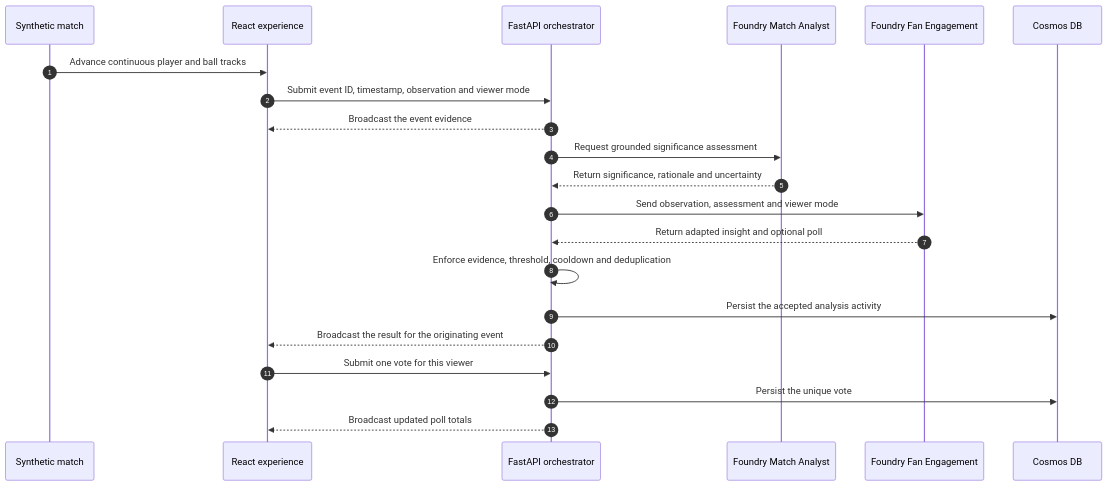
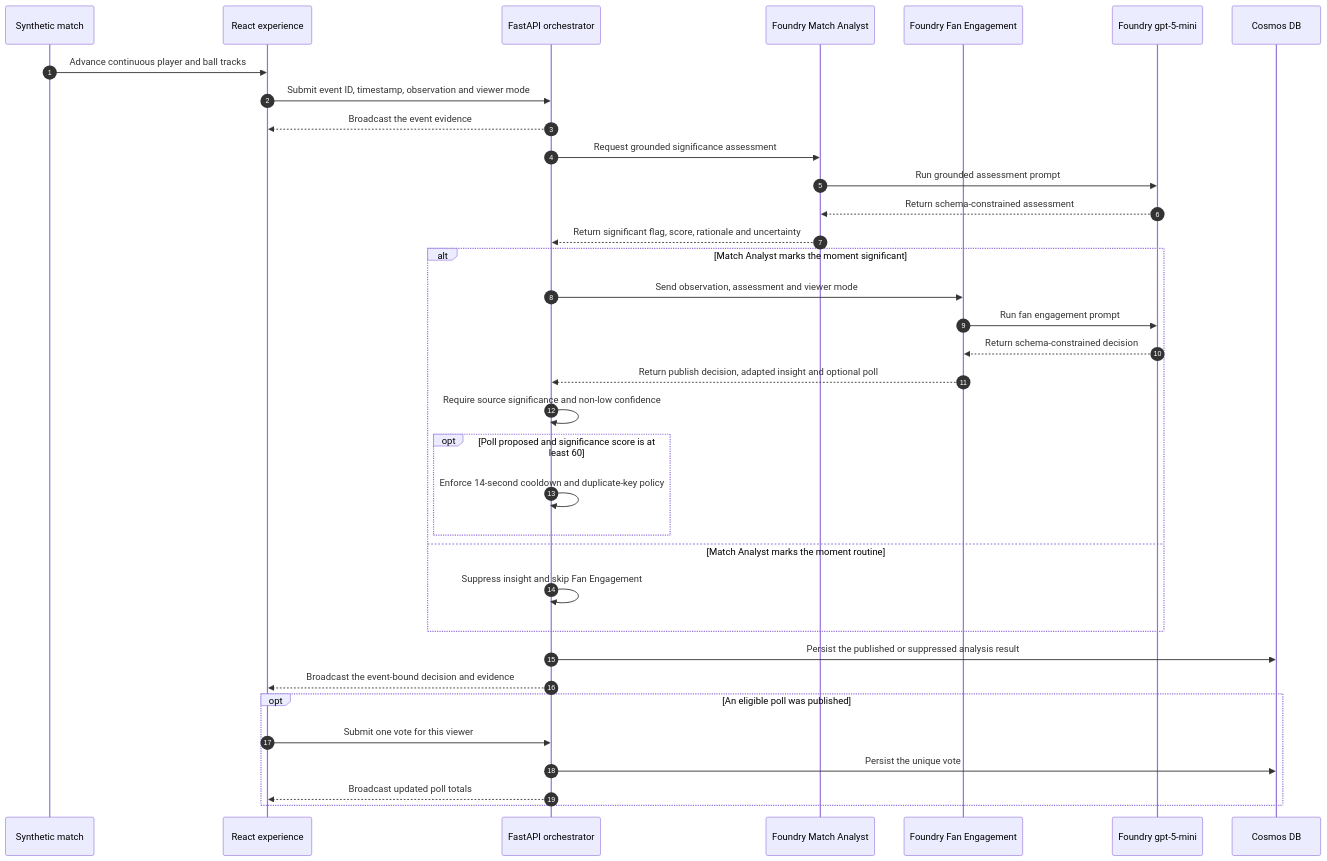
One commit to rriviere/fanpulse changed the second of 4 diagrams in README.md. Above: the diagram before and after it, drawn with Mermaid. The commit also changed other lines of this file and 1 other file, not shown here.

Commit message:
docs: clarify video and synthetic analysis flows

````diff
--- a/README.md
+++ b/README.md
@@ -60,24 +69,38 @@
 ```mermaid
 sequenceDiagram
     autonumber
     participant Match as Synthetic match
     participant UI as React experience
     participant API as FastAPI orchestrator
     participant Analyst as Foundry Match Analyst
     participant Engagement as Foundry Fan Engagement
+    participant Model as Foundry gpt-5-mini
     participant DB as Cosmos DB
 
     Match->>UI: Advance continuous player and ball tracks
     UI->>API: Submit event ID, timestamp, observation and viewer mode
     API-->>UI: Broadcast the event evidence
     API->>Analyst: Request grounded significance assessment
-    Analyst-->>API: Return significance, rationale and uncertainty
-    API->>Engagement: Send observation, assessment and viewer mode
-    Engagement-->>API: Return adapted insight and optional poll
-    API->>API: Enforce evidence, threshold, cooldown and deduplication
-    API->>DB: Persist the accepted analysis activity
-    API-->>UI: Broadcast the result for the originating event
-    UI->>API: Submit one vote for this viewer
-    API->>DB: Persist the unique vote
-    API-->>UI: Broadcast updated poll totals
+    Analyst->>Model: Run grounded assessment prompt
+    Model-->>Analyst: Return schema-constrained assessment
+    Analyst-->>API: Return significant flag, score, rationale and uncertainty
+    alt Match Analyst marks the moment significant
+        API->>Engagement: Send observation, assessment and viewer mode
+        Engagement->>Model: Run fan engagement prompt
+        Model-->>Engagement: Return schema-constrained decision
+        Engagement-->>API: Return publish decision, adapted insight and optional poll
+        API->>API: Require source significance and non-low confidence
+        opt Poll proposed and significance score is at least 60
+            API->>API: Enforce 14-second cooldown and duplicate-key policy
+        end
+    else Match Analyst marks the moment routine
+        API->>API: Suppress insight and skip Fan Engagement
+    end
+    API->>DB: Persist the published or suppressed analysis result
+    API-->>UI: Broadcast the event-bound decision and evidence
+    opt An eligible poll was published
+        UI->>API: Submit one vote for this viewer
+        API->>DB: Persist the unique vote
+        API-->>UI: Broadcast updated poll totals
+    end
 ```
````
